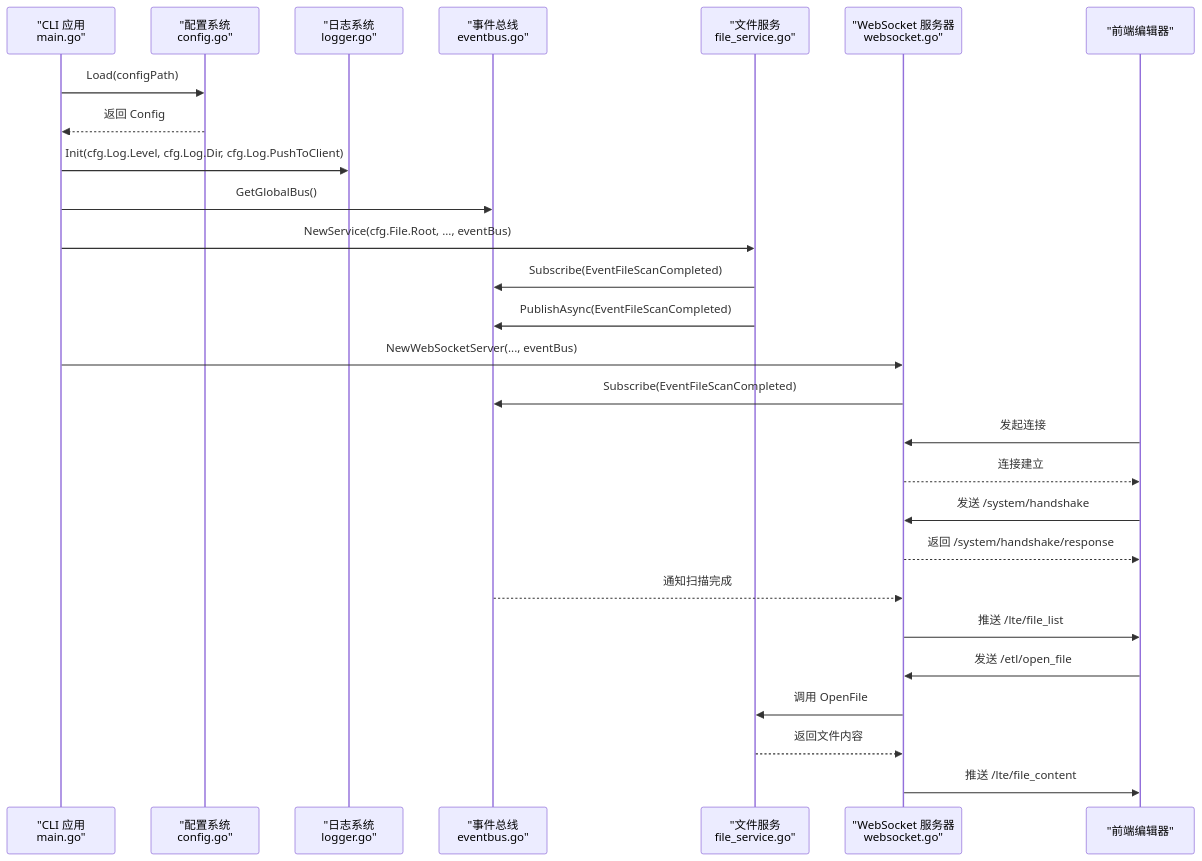
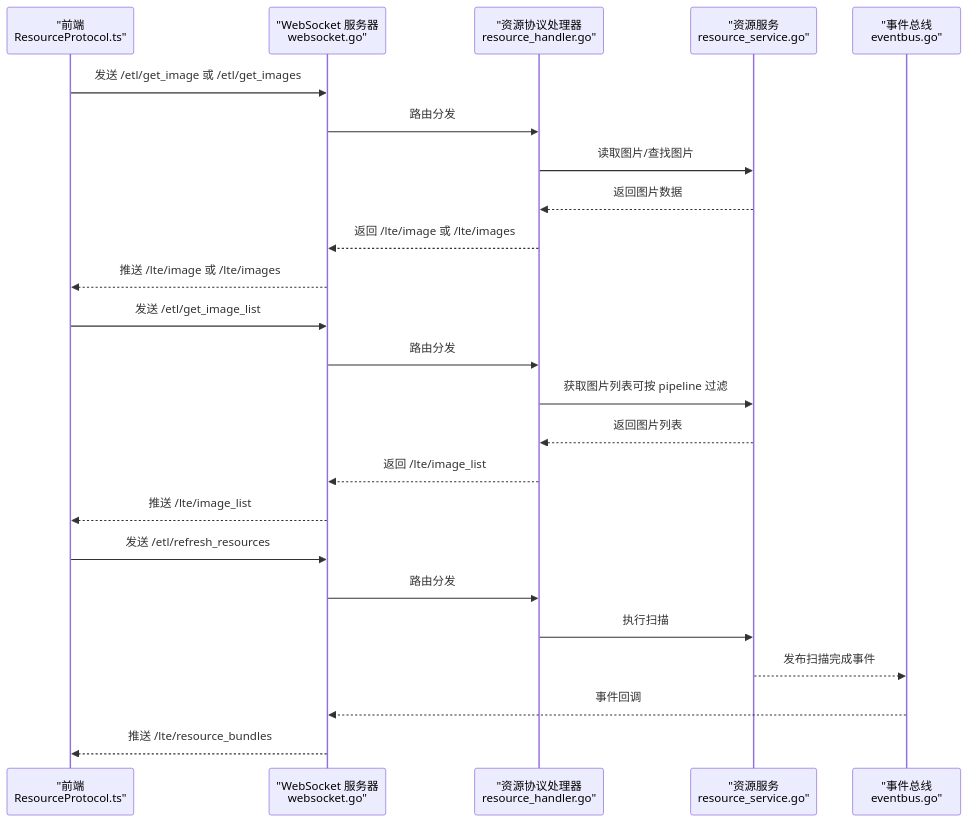
Before and after one commit to kqcoxn/MaaPipelineEditor: the second of 3 diagrams in .qoder/repowiki/zh/content/开发者指南/LocalBridge 通信协议.md, drawn with Mermaid. The commit also changed other lines of this file and 10 other files, not shown here.

````diff
--- a/.qoder/repowiki/zh/content/开发者指南/LocalBridge 通信协议.md
+++ b/.qoder/repowiki/zh/content/开发者指南/LocalBridge 通信协议.md
@@ -163,29 +113,26 @@
 ```mermaid
 sequenceDiagram
-participant CLI as "CLI 应用<br/>main.go"
-participant CONF as "配置系统<br/>config.go"
-participant LOG as "日志系统<br/>logger.go"
-participant EVENT as "事件总线<br/>eventbus.go"
-participant FILE as "文件服务<br/>file_service.go"
+participant FE as "前端<br/>ResourceProtocol.ts"
 participant WS as "WebSocket 服务器<br/>websocket.go"
-participant MPE as "前端编辑器"
-CLI->>CONF : Load(configPath)
-CONF-->>CLI : 返回 Config
-CLI->>LOG : Init(cfg.Log.Level, cfg.Log.Dir, cfg.Log.PushToClient)
-CLI->>EVENT : GetGlobalBus()
-CLI->>FILE : NewService(cfg.File.Root, ..., eventBus)
-FILE->>EVENT : Subscribe(EventFileScanCompleted)
-FILE->>EVENT : PublishAsync(EventFileScanCompleted)
-CLI->>WS : NewWebSocketServer(..., eventBus)
-WS->>EVENT : Subscribe(EventFileScanCompleted)
-MPE->>WS : 发起连接
-WS-->>MPE : 连接建立
-MPE->>WS : 发送 /system/handshake
-WS-->>MPE : 返回 /system/handshake/response
-EVENT-->>WS : 通知扫描完成
-WS->>MPE : 推送 /lte/file_list
-MPE->>WS : 发送 /etl/open_file
-WS->>FILE : 调用 OpenFile
-FILE-->>WS : 返回文件内容
-WS->>MPE : 推送 /lte/file_content
+participant RH as "资源协议处理器<br/>resource_handler.go"
+participant RS as "资源服务<br/>resource_service.go"
+participant EB as "事件总线<br/>eventbus.go"
+FE->>WS : 发送 /etl/get_image 或 /etl/get_images
+WS->>RH : 路由分发
+RH->>RS : 读取图片/查找图片
+RS-->>RH : 返回图片数据
+RH-->>WS : 返回 /lte/image 或 /lte/images
+WS-->>FE : 推送 /lte/image 或 /lte/images
+FE->>WS : 发送 /etl/get_image_list
+WS->>RH : 路由分发
+RH->>RS : 获取图片列表可按 pipeline 过滤
+RS-->>RH : 返回图片列表
+RH-->>WS : 返回 /lte/image_list
+WS-->>FE : 推送 /lte/image_list
+FE->>WS : 发送 /etl/refresh_resources
+WS->>RH : 路由分发
+RH->>RS : 执行扫描
+RS-->>EB : 发布扫描完成事件
+EB-->>WS : 事件回调
+WS-->>FE : 推送 /lte/resource_bundles
 ```
````
